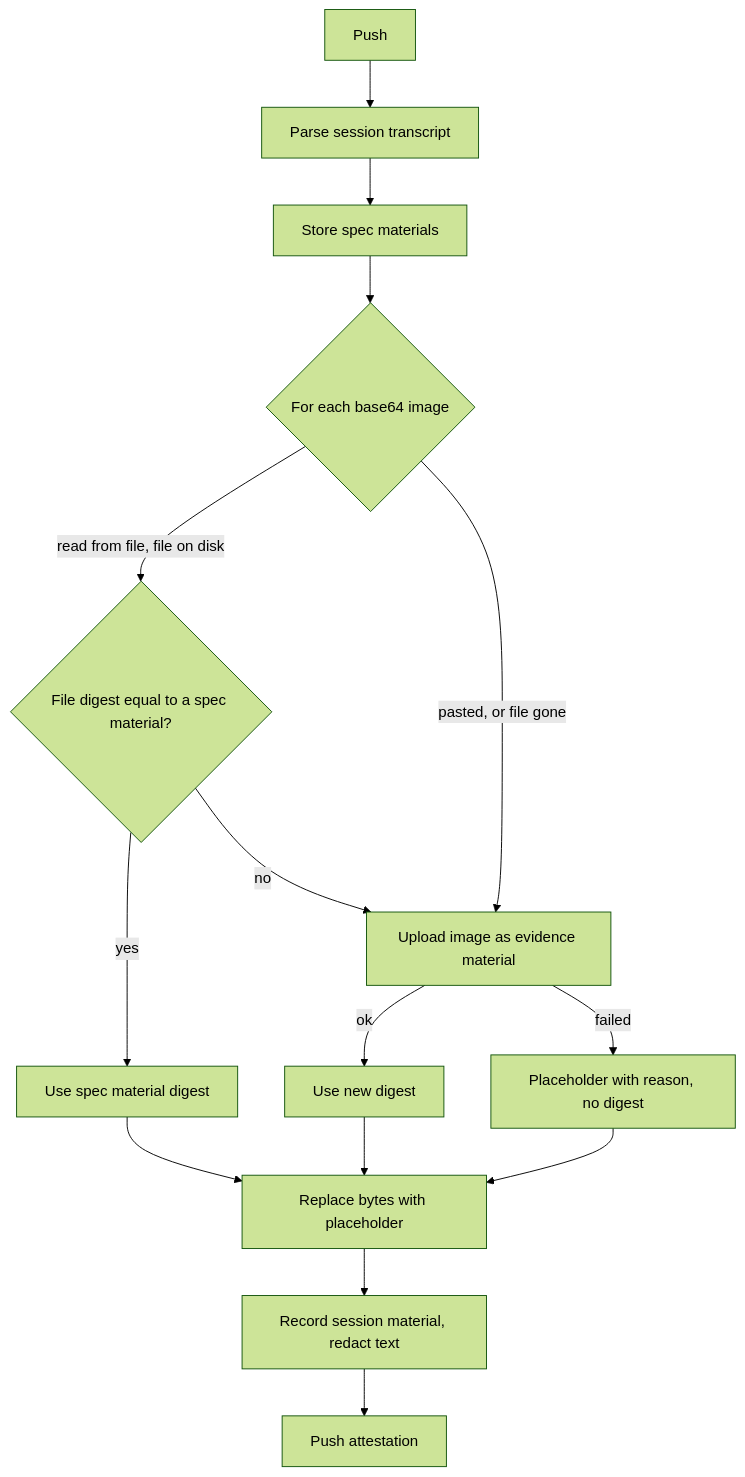
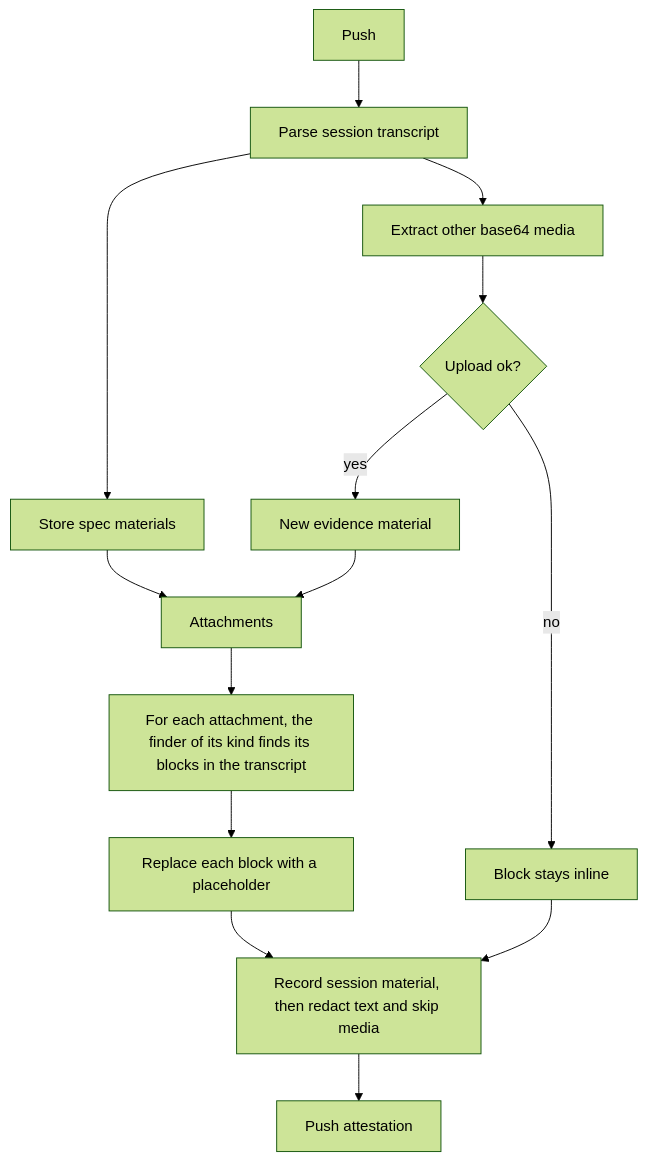
Before and after one commit to chainloop-dev/chainloop: the diagram in docs/specs/issue-3556-session-image-placeholders.md, drawn with Mermaid (forest theme). The commit also changed other lines of this file, not shown here.

First line of the commit message:
spec: issue-3556 cover all attachments, attachment-driven replacement

````diff
--- a/docs/specs/issue-3556-session-image-placeholders.md
+++ b/docs/specs/issue-3556-session-image-placeholders.md
@@ -83,17 +96,16 @@
 ```mermaid
 flowchart TD
     A[Push] --> B[Parse session transcript]
     B --> C[Store spec materials]
-    C --> D{For each base64 image}
-    D -->|read from file, file on disk| E{File digest equal to a spec material?}
-    E -->|yes| F[Use spec material digest]
-    E -->|no| G[Upload image as evidence material]
-    D -->|pasted, or file gone| G
-    G -->|ok| H[Use new digest]
-    G -->|failed| I[Placeholder with reason, no digest]
-    F --> J[Replace bytes with placeholder]
-    H --> J
-    I --> J
-    J --> K[Record session material, redact text]
-    K --> L[Push attestation]
+    B --> D[Extract other base64 media]
+    D --> E{Upload ok?}
+    E -->|no| K[Block stays inline]
+    E -->|yes| F[New evidence material]
+    C --> G[Attachments]
+    F --> G
+    G --> H[For each attachment, the finder of its kind finds its blocks in the transcript]
+    H --> J[Replace each block with a placeholder]
+    J --> L[Record session material, then redact text and skip media]
+    K --> L
+    L --> M[Push attestation]
 ```
````
